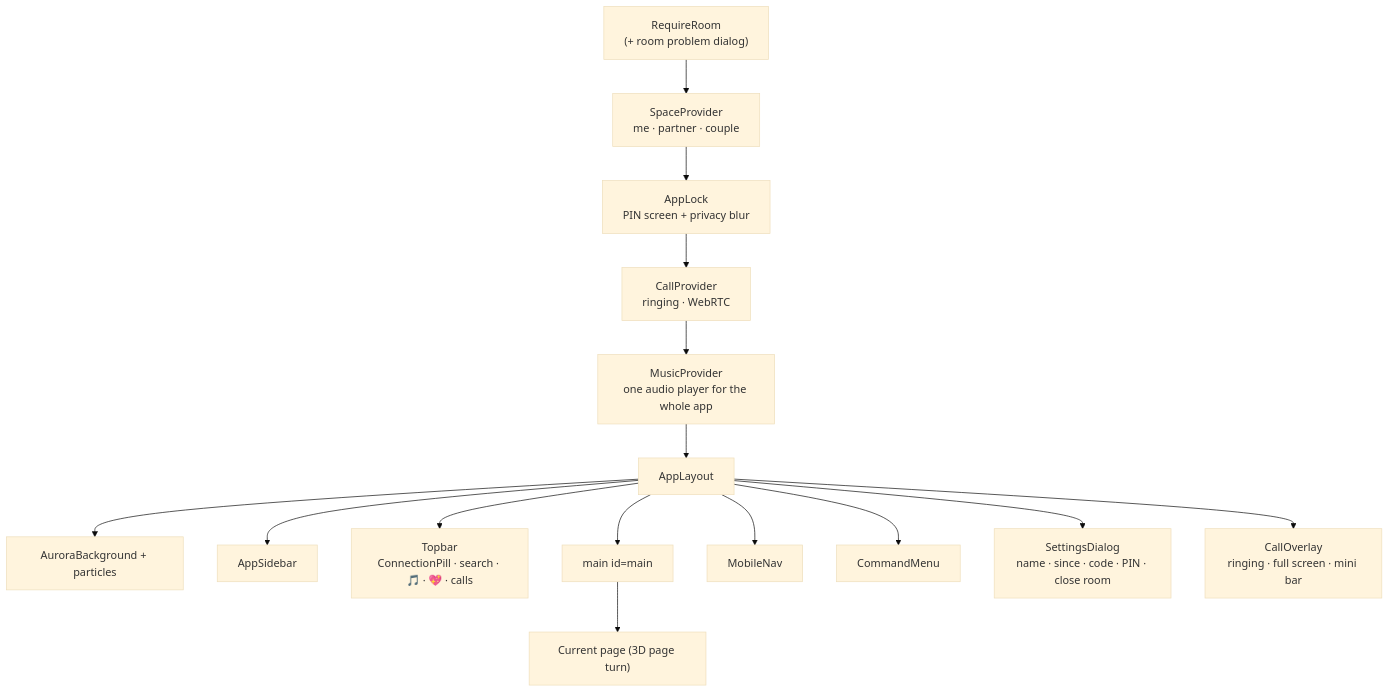
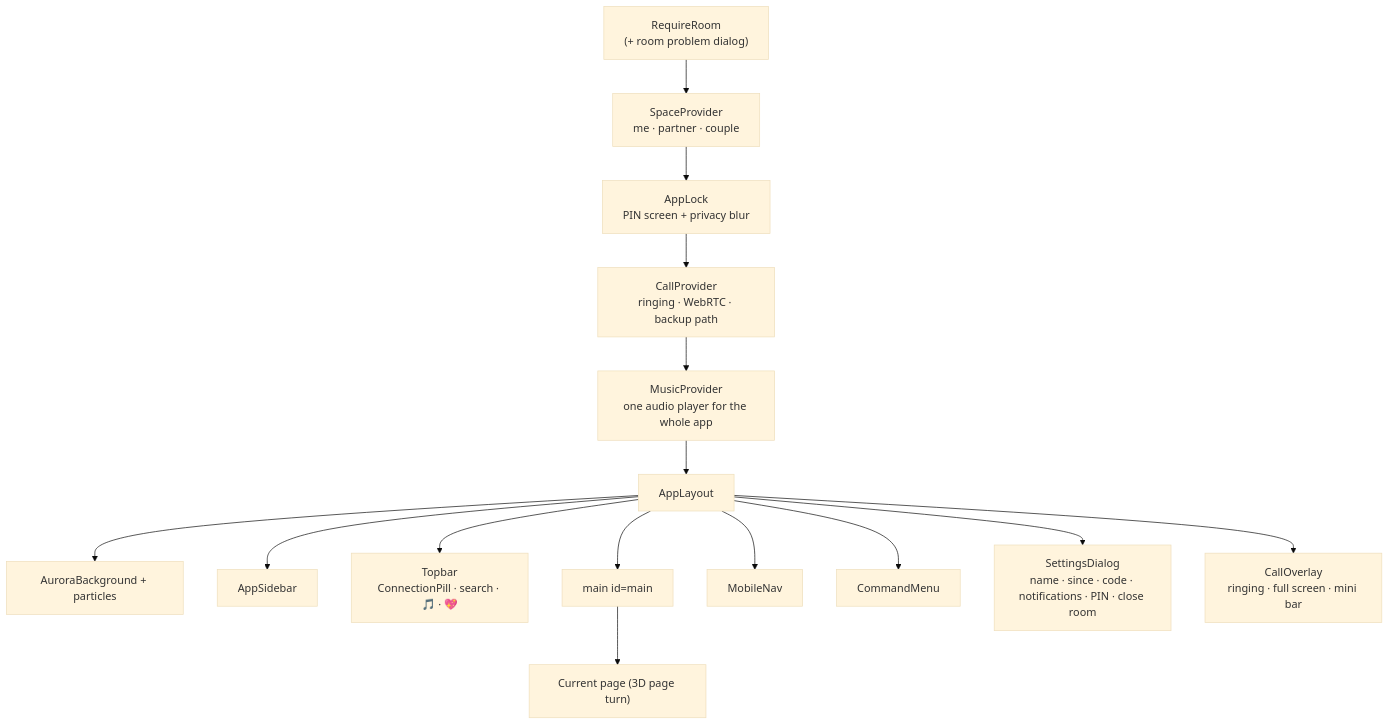
The tenth of 30 diagrams in front-end/doc/04-flowcharts.md (silent-coder-dev/private-space), drawn with Mermaid (base theme) before and after one commit. The commit also changed other lines of this file and 78 other files, not shown here.

````diff
--- a/front-end/doc/04-flowcharts.md
+++ b/front-end/doc/04-flowcharts.md
@@ -216,17 +227,17 @@
 ```mermaid
 flowchart TD
     RR["RequireRoom<br/>(+ room problem dialog)"] --> SP["SpaceProvider<br/>me · partner · couple"]
     SP --> LK["AppLock<br/>PIN screen + privacy blur"]
-    LK --> CP["CallProvider<br/>ringing · WebRTC"]
+    LK --> CP["CallProvider<br/>ringing · WebRTC · backup path"]
     CP --> MP["MusicProvider<br/>one audio player for the whole app"]
     MP --> AL["AppLayout"]
     AL --> AB["AuroraBackground + particles"]
     AL --> AS["AppSidebar"]
-    AL --> TB["Topbar<br/>ConnectionPill · search · 🎵 · 💖 · calls"]
+    AL --> TB["Topbar<br/>ConnectionPill · search · 🎵 · 💖"]
     AL --> MAIN["main id=main"]
     MAIN --> PAGE["Current page (3D page turn)"]
     AL --> MN["MobileNav"]
     AL --> CM["CommandMenu"]
-    AL --> SD["SettingsDialog<br/>name · since · code · PIN · close room"]
+    AL --> SD["SettingsDialog<br/>name · since · code · notifications · PIN · close room"]
     AL --> CO["CallOverlay<br/>ringing · full screen · mini bar"]
 ```
````
